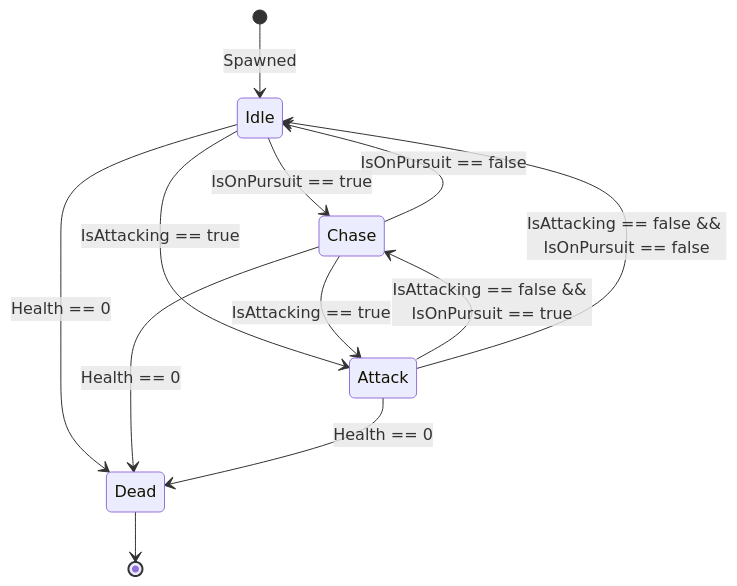
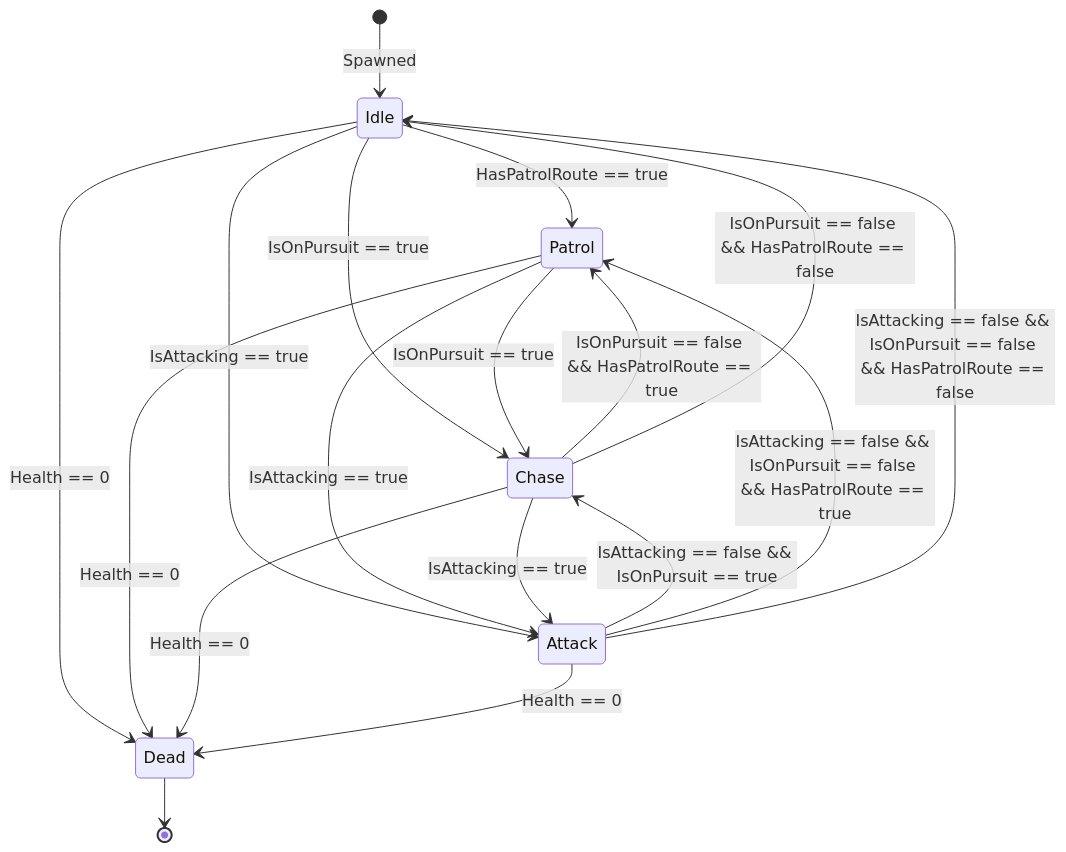
Before and after one commit to Astro-Rift-Games/ProjectGrimhold: the second of 2 diagrams in Project Grimhold/Docs/Architecture/EnemyFSMArchitecture.md, drawn with Mermaid. The commit also changed other lines of this file and 12 other files, not shown here.

````diff
--- a/Project Grimhold/Docs/Architecture/EnemyFSMArchitecture.md
+++ b/Project Grimhold/Docs/Architecture/EnemyFSMArchitecture.md
@@ -52,15 +92,25 @@
 ```mermaid
 stateDiagram-v2
     [*] --> Idle : Spawned
+
+    Idle --> Patrol : HasPatrolRoute == true
     Idle --> Chase : IsOnPursuit == true
     Idle --> Attack : IsAttacking == true
+    Idle --> Dead : Health == 0
+
+    Patrol --> Chase : IsOnPursuit == true
+    Patrol --> Attack : IsAttacking == true
+    Patrol --> Dead : Health == 0
+
     Chase --> Attack : IsAttacking == true
-    Chase --> Idle : IsOnPursuit == false
+    Chase --> Patrol : IsOnPursuit == false && HasPatrolRoute == true
+    Chase --> Idle : IsOnPursuit == false && HasPatrolRoute == false
+    Chase --> Dead : Health == 0
+
     Attack --> Chase : IsAttacking == false && IsOnPursuit == true
-    Attack --> Idle : IsAttacking == false && IsOnPursuit == false
-    
-    Idle --> Dead : Health == 0
-    Chase --> Dead : Health == 0
+    Attack --> Patrol : IsAttacking == false && IsOnPursuit == false && HasPatrolRoute == true
+    Attack --> Idle : IsAttacking == false && IsOnPursuit == false && HasPatrolRoute == false
     Attack --> Dead : Health == 0
+
     Dead --> [*]
 ```
````
